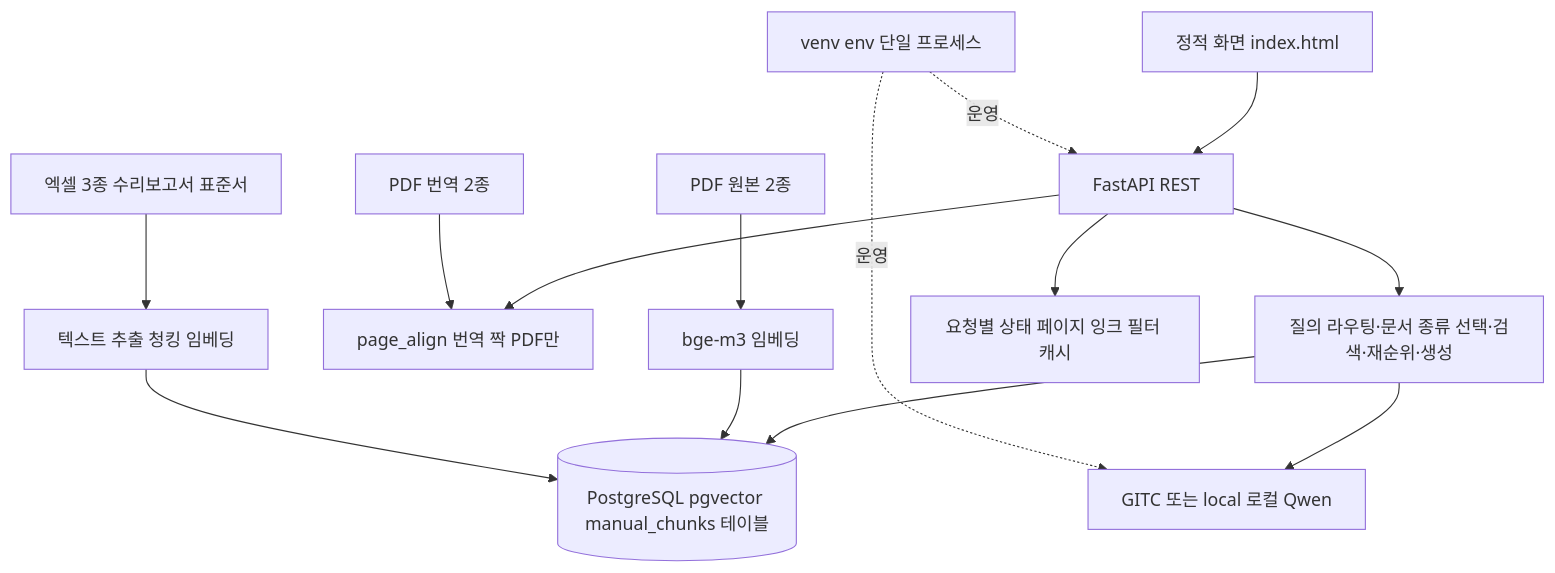
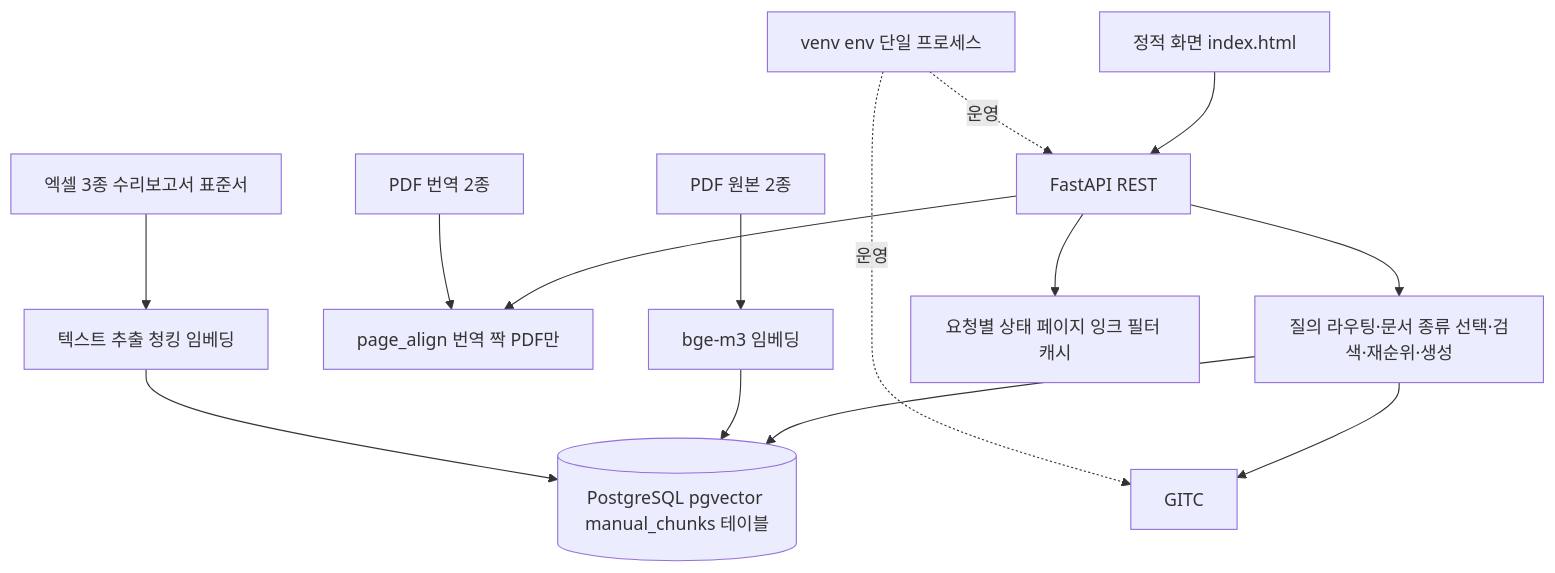
Before and after one commit to cho1203/chatbot-work: the first of 4 diagrams in docs/DEVELOPER_GUIDE_5.md, drawn with Mermaid. The commit also changed other lines of this file and 5 other files, not shown here.

````diff
--- a/docs/DEVELOPER_GUIDE_5.md
+++ b/docs/DEVELOPER_GUIDE_5.md
@@ -29,19 +29,19 @@
 ```mermaid
 flowchart TB
   U["정적 화면 index.html"] --> A["FastAPI REST"]
   A --> R["질의 라우팅·문서 종류 선택·검색·재순위·생성"]
   R --> V[("PostgreSQL pgvector manual_chunks 테이블")]
-  R --> G["GITC 또는 local 로컬 Qwen"]
+  R --> G["GITC"]
   A --> P["page_align 번역 짝 PDF만"]
 
   PDF["PDF 원본 2종"] --> PDFE["bge-m3 임베딩"]
   PDF2["PDF 번역 2종"] --> P
   EXCEL["엑셀 3종 수리보고서 표준서"] --> EXCE["텍스트 추출 청킹 임베딩"]
 
   PDFE --> V
   EXCE --> V
 
   A --> M["요청별 상태 페이지 잉크 필터 캐시"]
   S["venv env 단일 프로세스"] -. 운영 .-> A
   S -. 운영 .-> G
 ```
````
